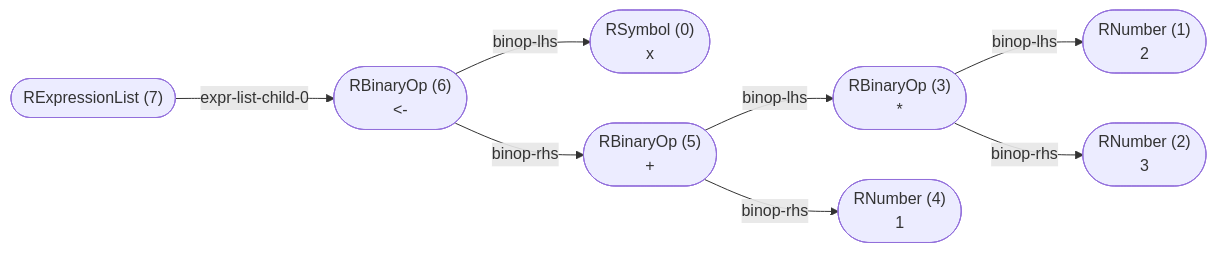
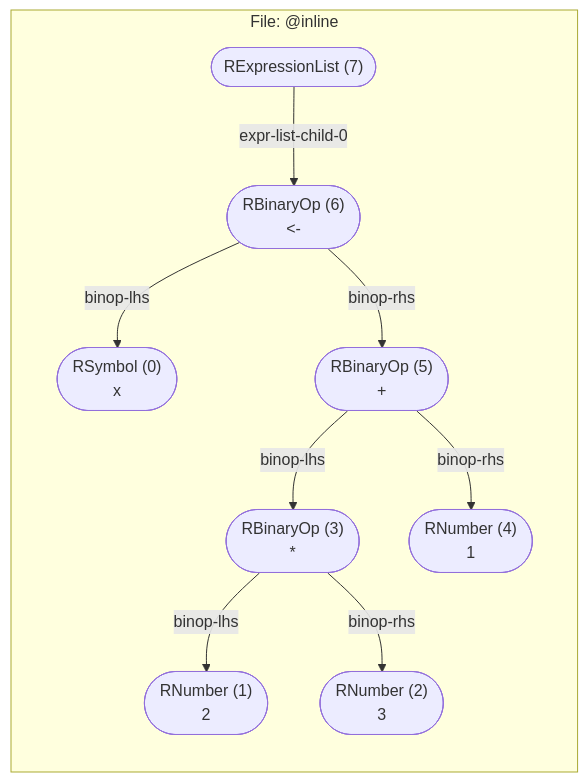
The first of 2 diagrams in wiki/Normalized AST.md (flowr-analysis/flowr), drawn with Mermaid before and after one commit. The commit also changed other lines of this file and 19 other files, not shown here.

Commit message:
[skip ci] doc: update generated wiki pages (wiki/Dataflow Graph,wiki/Query API,wiki/Search API,wiki/Analyzer,wiki/Interface,wiki/Normalized AST,wiki/Control Flow Graph,wiki/Linting and Testing,wiki/Core,wiki/Linter)

````diff
--- a/wiki/Normalized AST.md
+++ b/wiki/Normalized AST.md
@@ -26,27 +26,29 @@
 ```mermaid
 flowchart LR
+    subgraph "File: @inline"
     n7(["RExpressionList (7)
  "])
     n6(["RBinaryOp (6)
 #60;#45;"])
     n7 -->|"expr-list-child-0"| n6
     n0(["RSymbol (0)
 x"])
     n6 -->|"binop-lhs"| n0
     n5(["RBinaryOp (5)
 #43;"])
     n6 -->|"binop-rhs"| n5
     n3(["RBinaryOp (3)
 #42;"])
     n5 -->|"binop-lhs"| n3
     n1(["RNumber (1)
 2"])
     n3 -->|"binop-lhs"| n1
     n2(["RNumber (2)
 3"])
     n3 -->|"binop-rhs"| n2
     n4(["RNumber (4)
 1"])
     n5 -->|"binop-rhs"| n4
+    end
 
 ```
````
